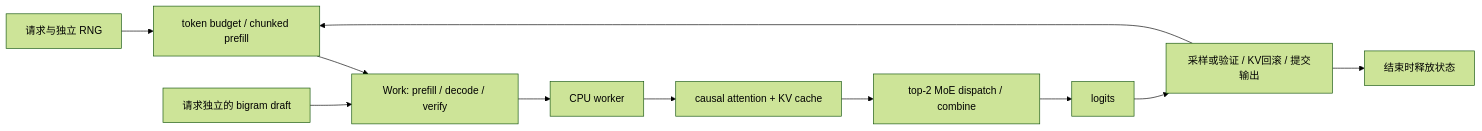
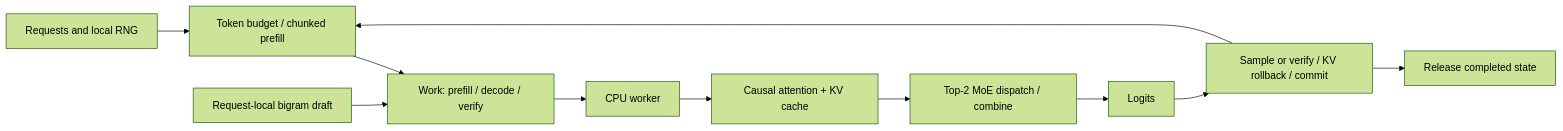
The diagram in README.md (PeriodBLUE/nano-deepseek-infer), drawn with Mermaid (forest theme) before and after one commit. The commit also changed other lines of this file and 38 other files, not shown here.

````diff
--- a/README.md
+++ b/README.md
@@ -166,13 +188,13 @@
 ```mermaid
 flowchart LR
-    R[请求与独立 RNG] --> S[token budget / chunked prefill]
+    R[Requests and local RNG] --> S[Token budget / chunked prefill]
     S --> P[Work: prefill / decode / verify]
-    D[请求独立的 bigram draft] --> P
+    D[Request-local bigram draft] --> P
     P --> W[CPU worker]
-    W --> A[causal attention + KV cache]
-    A --> M[top-2 MoE dispatch / combine]
-    M --> L[logits]
-    L --> O[采样或验证 / KV回滚 / 提交输出]
+    W --> A[Causal attention + KV cache]
+    A --> M[Top-2 MoE dispatch / combine]
+    M --> L[Logits]
+    L --> O[Sample or verify / KV rollback / commit]
     O --> S
-    O --> F[结束时释放状态]
+    O --> F[Release completed state]
 ```
````
